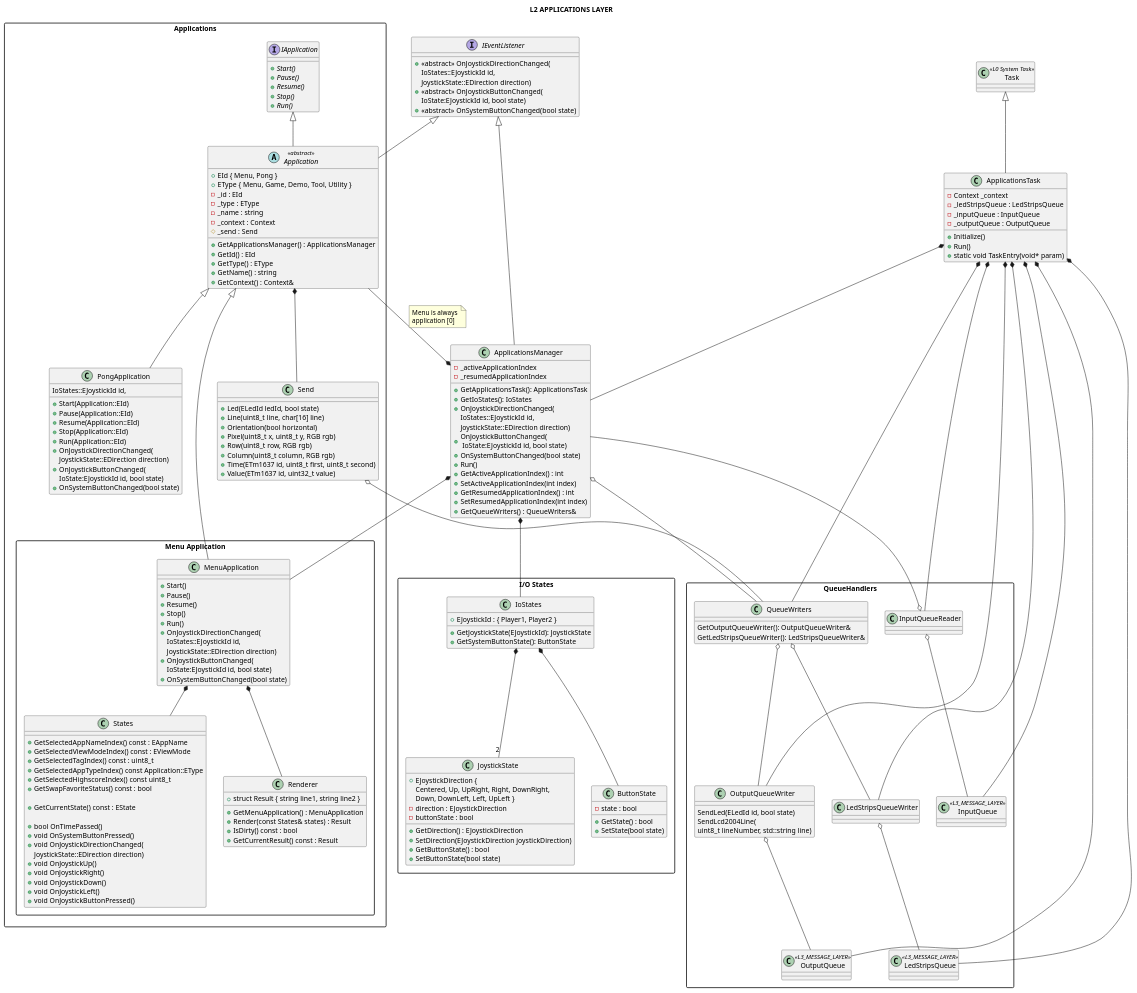
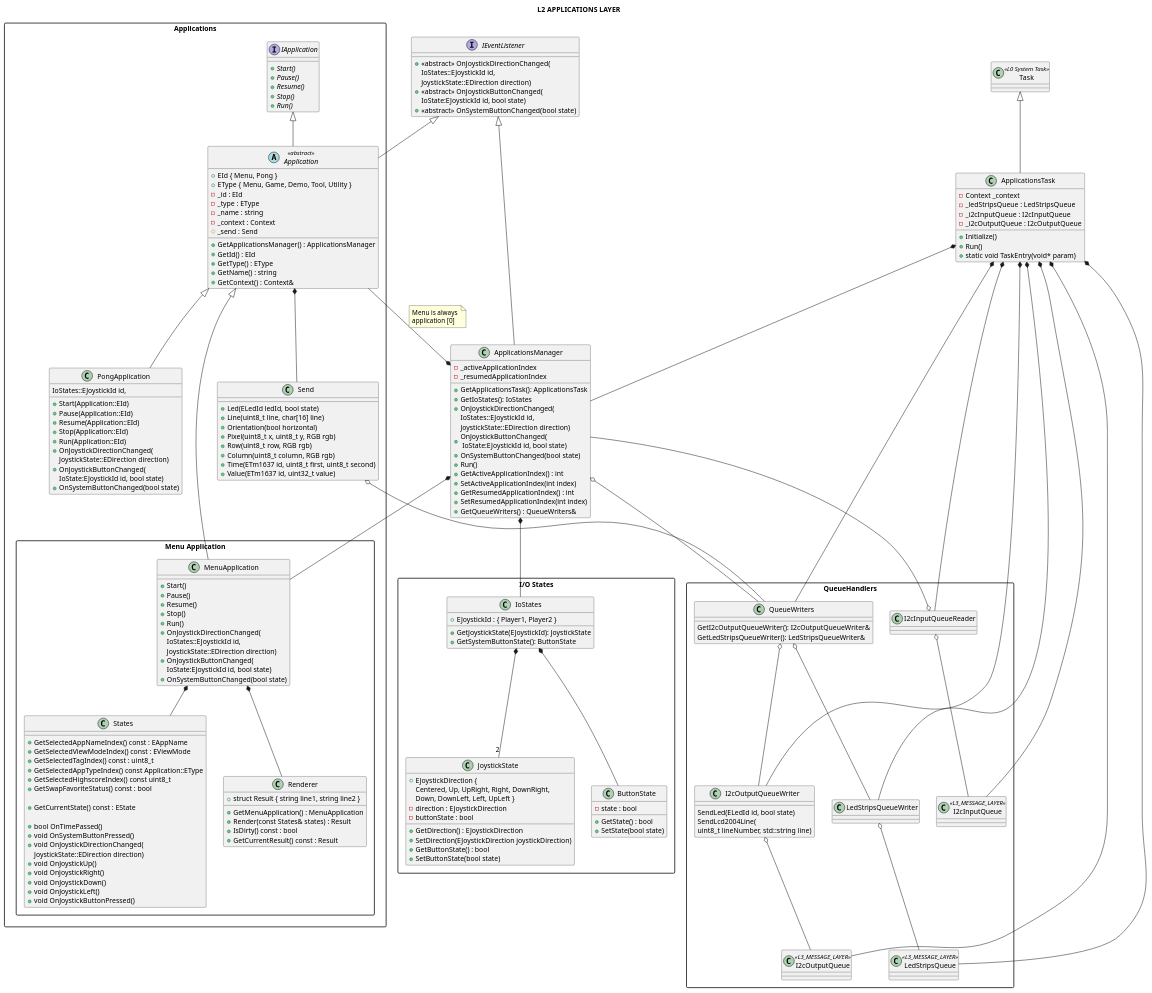
The diagram in Docs/Software Design/Layers/L2_applications_layer.puml (michelkeijzers/fraxis), drawn with PlantUML before and after one commit. The commit also changed 39 other files, not shown here.

```diff
--- a/Docs/Software Design/Layers/L2_applications_layer.puml
+++ b/Docs/Software Design/Layers/L2_applications_layer.puml
@@ -12,8 +12,8 @@
     + Run()
     + static void TaskEntry(void* param)
     - _ledStripsQueue : LedStripsQueue
-    - _inputQueue : InputQueue
-    - _outputQueue : OutputQueue
+    - _i2cInputQueue : I2cInputQueue
+    - _i2cOutputQueue : I2cOutputQueue
 }
 
 class Task <<L0 System Task>>
@@ -55,18 +55,17 @@
 {
     class QueueWriters
     {
-        GetOutputQueueWriter(): OutputQueueWriter& 
+        GetI2cOutputQueueWriter(): I2cOutputQueueWriter& 
         GetLedStripsQueueWriter(): LedStripsQueueWriter&
     }
 
-    class InputQueueReader
+    class I2cInputQueueReader
     {
-
     }
 
-    InputQueueReader o-- ApplicationsManager
+    I2cInputQueueReader o-- ApplicationsManager
 
-    class OutputQueueWriter
+    class I2cOutputQueueWriter
     {
         SendLed(ELedId id, bool state)
         SendLcd2004Line(
@@ -78,21 +77,21 @@
 
     }
 
-    QueueWriters o-- OutputQueueWriter
+    QueueWriters o-- I2cOutputQueueWriter
     QueueWriters o-- LedStripsQueueWriter
     
     ApplicationsTask *-- QueueWriters
     ApplicationsTask *-- LedStripsQueueWriter
-    ApplicationsTask *-- InputQueueReader
-    ApplicationsTask *-- OutputQueueWriter
+    ApplicationsTask *-- I2cInputQueueReader
+    ApplicationsTask *-- I2cOutputQueueWriter
 
     ApplicationsManager o-- QueueWriters
 
-    class InputQueue <<L3_MESSAGE_LAYER>>
+    class I2cInputQueue <<L3_MESSAGE_LAYER>>
     {
     }
 
-    class OutputQueue <<L3_MESSAGE_LAYER>>
+    class I2cOutputQueue <<L3_MESSAGE_LAYER>>
     {
     }
 
@@ -100,12 +99,12 @@
     {
     }
 
-    ApplicationsTask *-- InputQueue
-    ApplicationsTask *-- OutputQueue
+    ApplicationsTask *-- I2cInputQueue
+    ApplicationsTask *-- I2cOutputQueue
     ApplicationsTask *-- LedStripsQueue
 
-    InputQueueReader     o-- InputQueue
-    OutputQueueWriter    o-- OutputQueue 
+    I2cInputQueueReader     o-- I2cInputQueue
+    I2cOutputQueueWriter    o-- I2cOutputQueue 
     LedStripsQueueWriter o-- LedStripsQueue
 }
 
```
